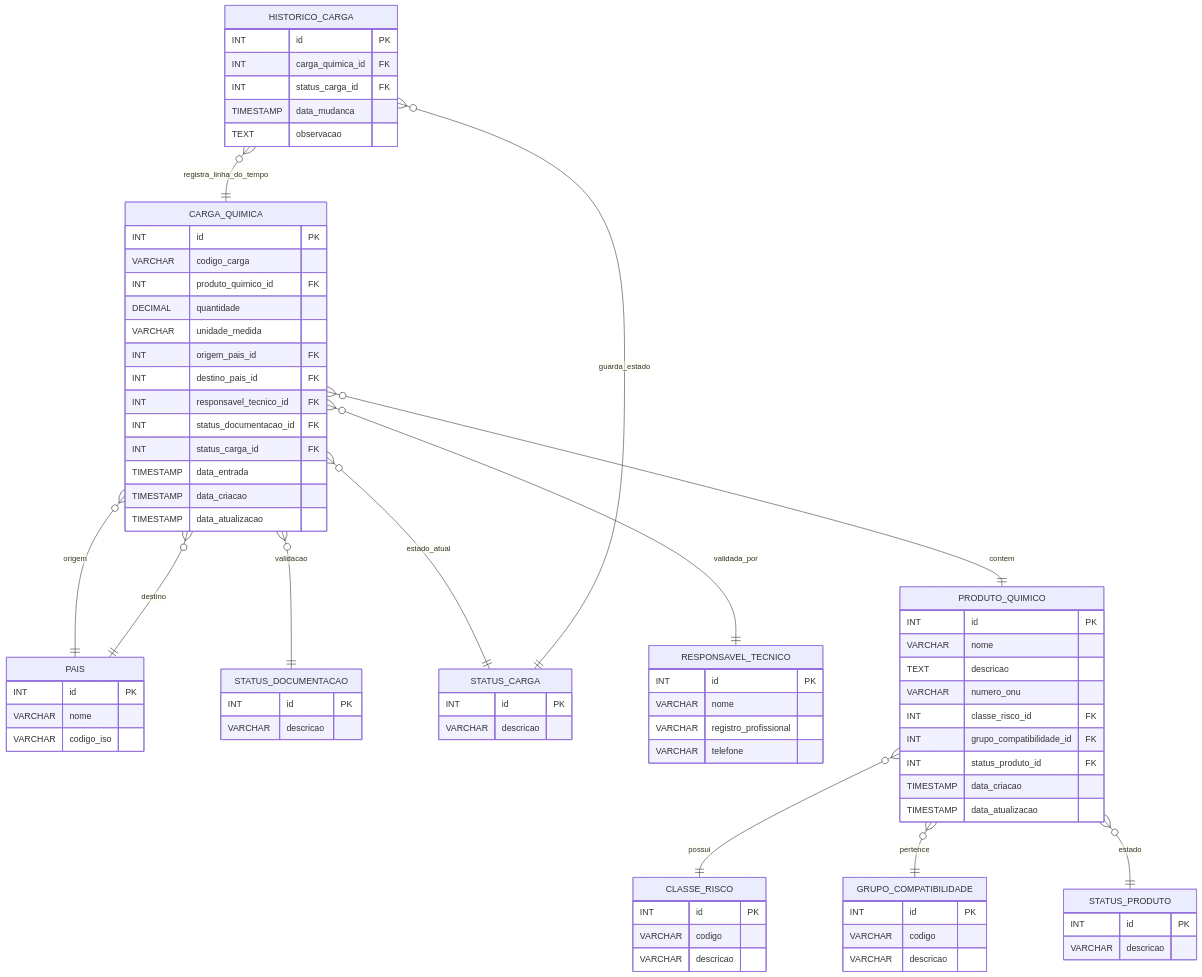
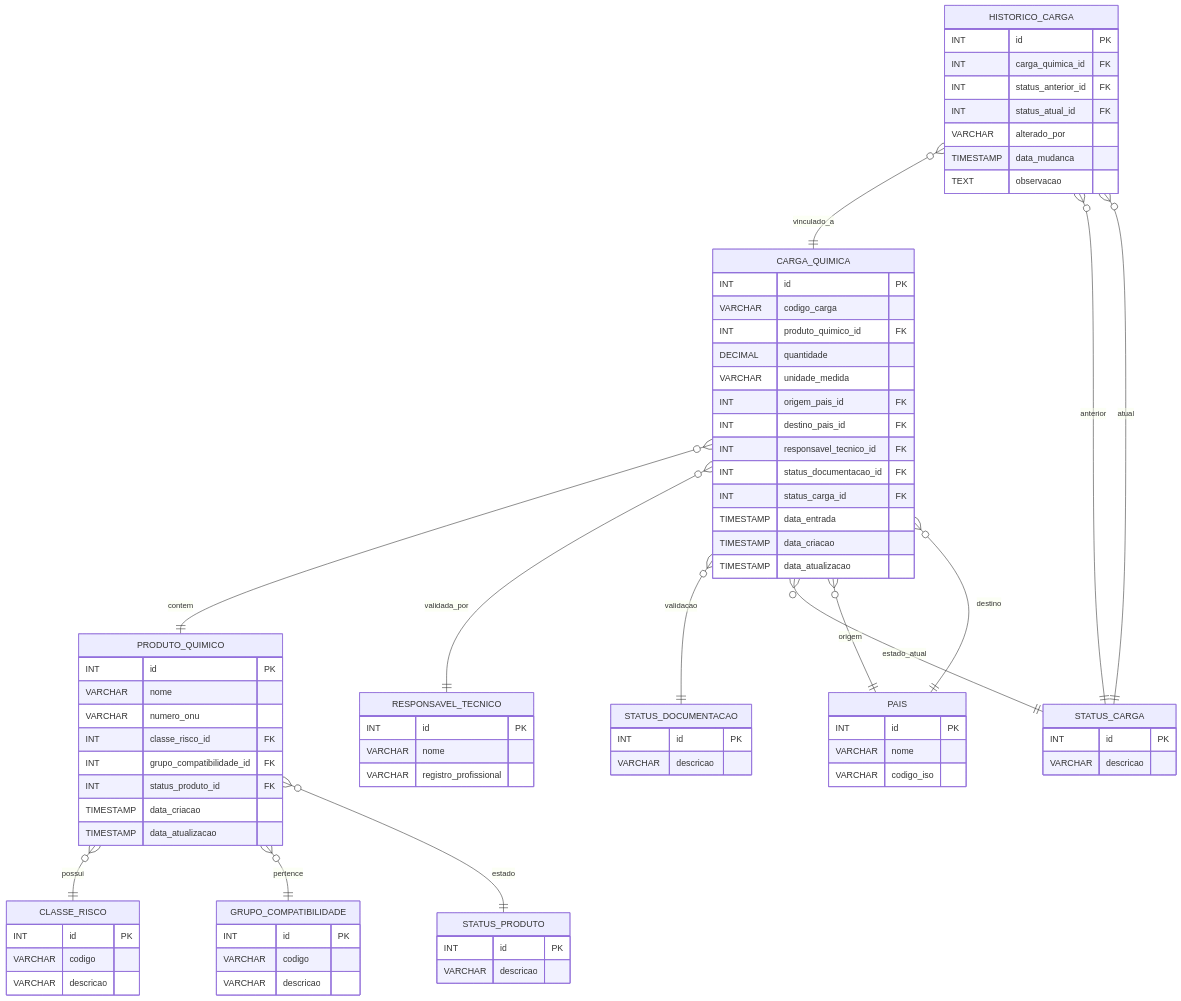
One commit to vasconcelosrodrigos/quimiport-tech-challenge-fase2 changed the diagram in README.md. Above: the diagram before and after it, drawn with Mermaid. The commit also changed other lines of this file, not shown here.

````diff
--- a/README.md
+++ b/README.md
@@ -87,12 +87,10 @@
         INT id PK
         VARCHAR nome
         VARCHAR registro_profissional
-        VARCHAR telefone
     }
     PRODUTO_QUIMICO {
         INT id PK
         VARCHAR nome
-        TEXT descricao
         VARCHAR numero_onu
         INT classe_risco_id FK
         INT grupo_compatibilidade_id FK
@@ -118,7 +116,9 @@
     HISTORICO_CARGA {
         INT id PK
         INT carga_quimica_id FK
-        INT status_carga_id FK
+        INT status_anterior_id FK
+        INT status_atual_id FK
+        VARCHAR alterado_por
         TIMESTAMP data_mudanca
         TEXT observacao
     }
@@ -134,6 +134,7 @@
     CARGA_QUIMICA }o--|| PAIS : "origem"
     CARGA_QUIMICA }o--|| PAIS : "destino"
 
-    HISTORICO_CARGA }o--|| CARGA_QUIMICA : "registra_linha_do_tempo"
-    HISTORICO_CARGA }o--|| STATUS_CARGA : "guarda_estado"
+    HISTORICO_CARGA }o--|| CARGA_QUIMICA : "vinculado_a"
+    HISTORICO_CARGA }o--|| STATUS_CARGA : "anterior"
+    HISTORICO_CARGA }o--|| STATUS_CARGA : "atual"
 ```
````
